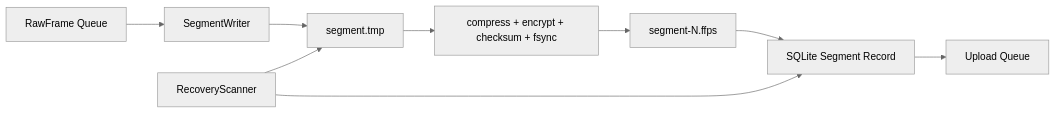
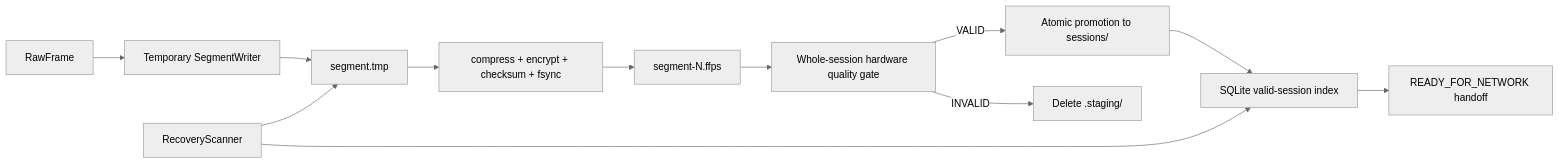
One commit to RGu0/feet-force-plate changed the diagram in docs/modules/03-local-session-spool.md. Above: the diagram before and after it, drawn with Mermaid (neutral theme). The commit also changed other lines of this file and 25 other files, not shown here.

Commit message:
Implement validity-gated hardware sessions

````diff
--- a/docs/modules/03-local-session-spool.md
+++ b/docs/modules/03-local-session-spool.md
@@ -24,11 +24,14 @@
 ```mermaid
 flowchart LR
-    FRAME["RawFrame Queue"] --> WRITER["SegmentWriter"]
+    FRAME["RawFrame"] --> WRITER["Temporary SegmentWriter"]
     WRITER --> TEMP["segment.tmp"]
     TEMP --> SEAL["compress + encrypt + checksum + fsync"]
     SEAL --> FILE["segment-N.ffps"]
-    FILE --> DB["SQLite Segment Record"]
-    DB --> UPLOAD["Upload Queue"]
+    FILE --> QUALITY["Whole-session hardware quality gate"]
+    QUALITY -->|"VALID"| PROMOTE["Atomic promotion to sessions/<id>"]
+    PROMOTE --> DB["SQLite valid-session index"]
+    DB --> HANDOFF["READY_FOR_NETWORK handoff"]
+    QUALITY -->|"INVALID"| DISCARD["Delete .staging/<id>"]
     RECOVERY["RecoveryScanner"] --> TEMP
     RECOVERY --> DB
 ```
````
